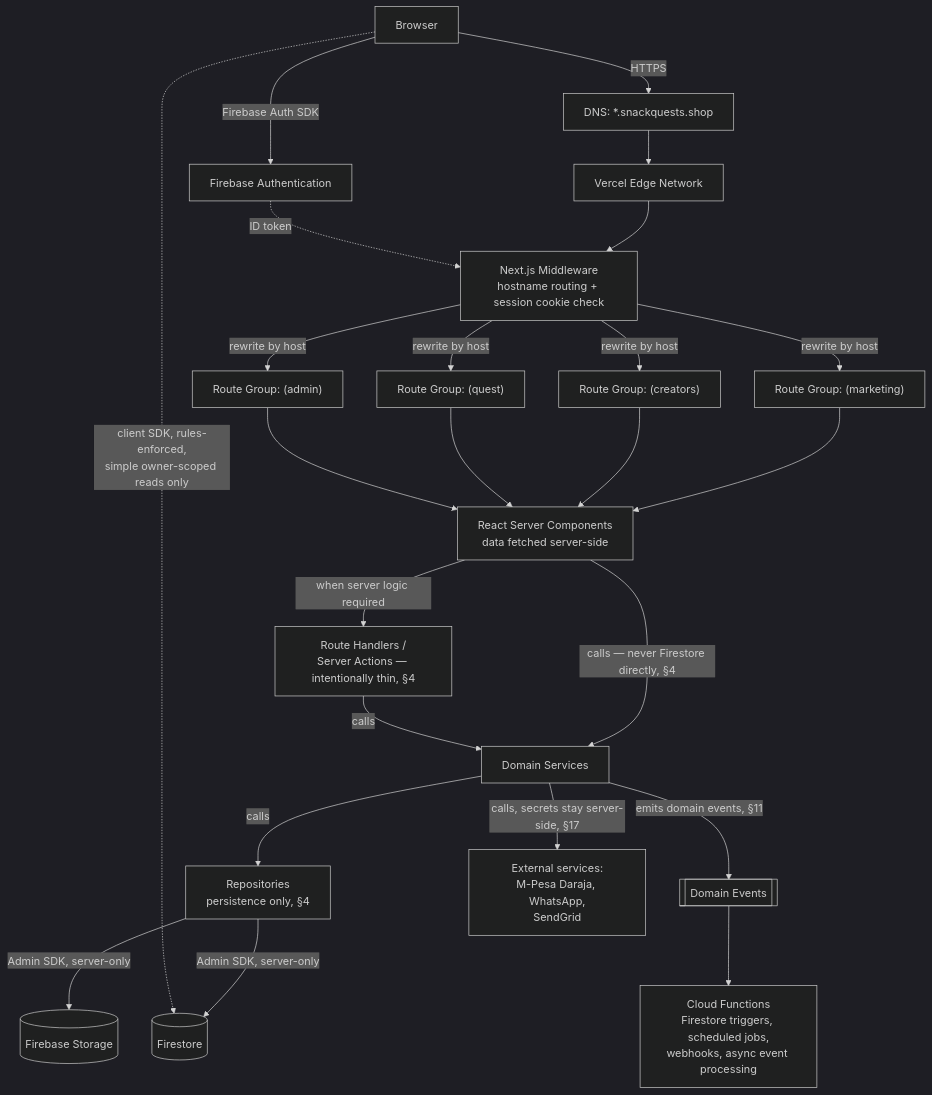
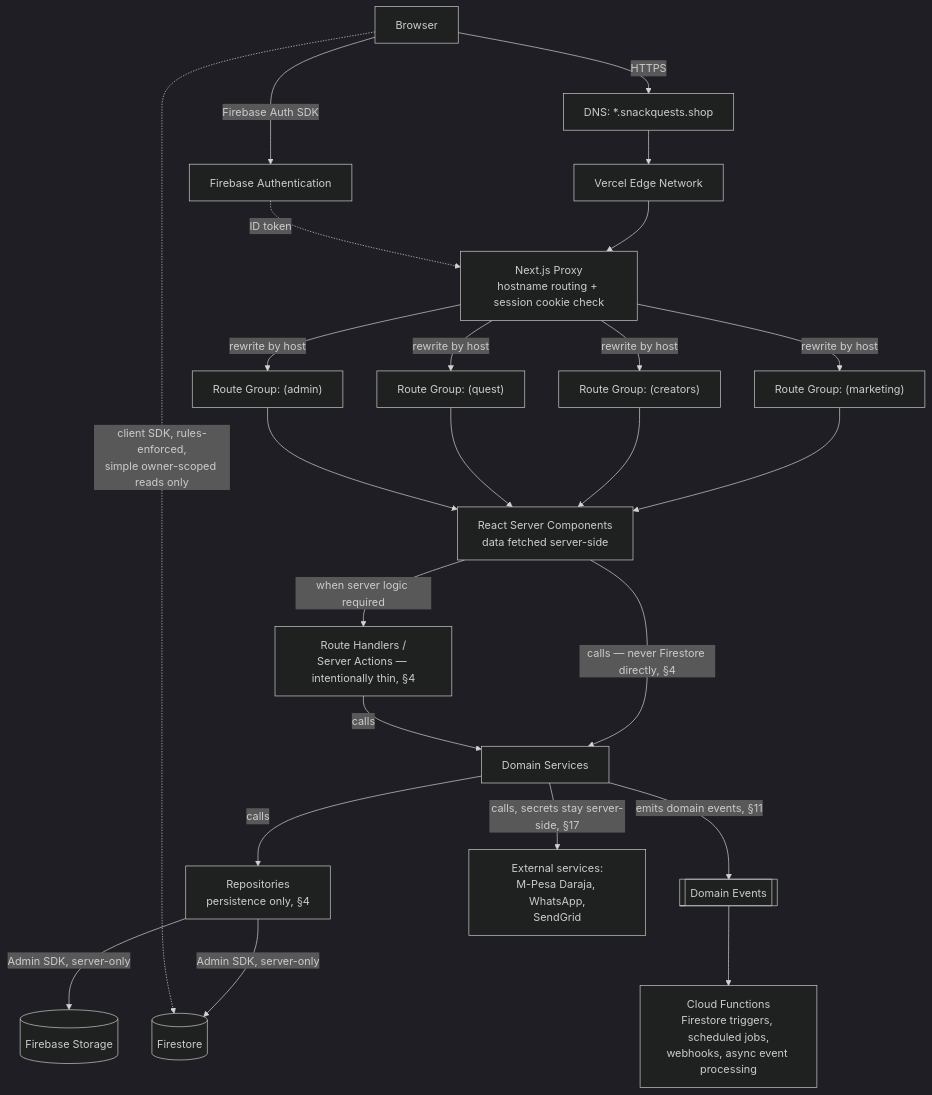
The second of 4 diagrams in TECHNICAL_DESIGN_DOCUMENT.md (kelvinsnowden/Snack-Quest), drawn with Mermaid (dark theme) before and after one commit. The commit also changed other lines of this file and 1 other file, not shown here.

First line of the commit message:
docs(architecture): rename middleware.ts to proxy.ts (Next.js 16)

````diff
--- a/TECHNICAL_DESIGN_DOCUMENT.md
+++ b/TECHNICAL_DESIGN_DOCUMENT.md
@@ -162,23 +162,23 @@
 ```mermaid
 flowchart TB
     Browser -->|HTTPS| DNS[DNS: *.snackquests.shop]
     DNS --> Vercel[Vercel Edge Network]
-    Vercel --> MW[Next.js Middleware<br/>hostname routing + session cookie check]
+    Vercel --> MW[Next.js Proxy<br/>hostname routing + session cookie check]
     MW -->|rewrite by host| RG1["Route Group: (marketing)"]
     MW -->|rewrite by host| RG2["Route Group: (creators)"]
     MW -->|rewrite by host| RG3["Route Group: (quest)"]
     MW -->|rewrite by host| RG4["Route Group: (admin)"]
     RG1 & RG2 & RG3 & RG4 --> RSC[React Server Components<br/>data fetched server-side]
     RSC -->|calls — never Firestore directly, §4| SVC[Domain Services]
     RSC -->|when server logic required| API[Route Handlers /<br/>Server Actions — intentionally thin, §4]
     API -->|calls| SVC
     SVC -->|calls| REPO[Repositories<br/>persistence only, §4]
     REPO -->|Admin SDK, server-only| Firestore[(Firestore)]
     REPO -->|Admin SDK, server-only| Storage[(Firebase Storage)]
     SVC -->|emits domain events, §11| Events[[Domain Events]]
     Events --> Functions[Cloud Functions<br/>Firestore triggers, scheduled jobs,<br/>webhooks, async event processing]
     SVC -->|calls, secrets stay server-side, §17| External[External services:<br/>M-Pesa Daraja, WhatsApp,<br/>SendGrid]
     Browser -.client SDK, rules-enforced,<br/>simple owner-scoped reads only.-> Firestore
     Browser -->|Firebase Auth SDK| FBAuth[Firebase Authentication]
     FBAuth -.ID token.-> MW
 ```
````
